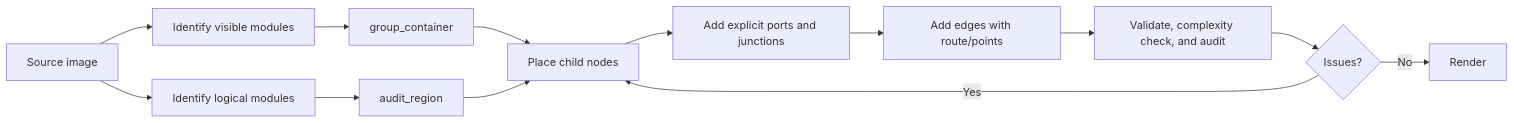
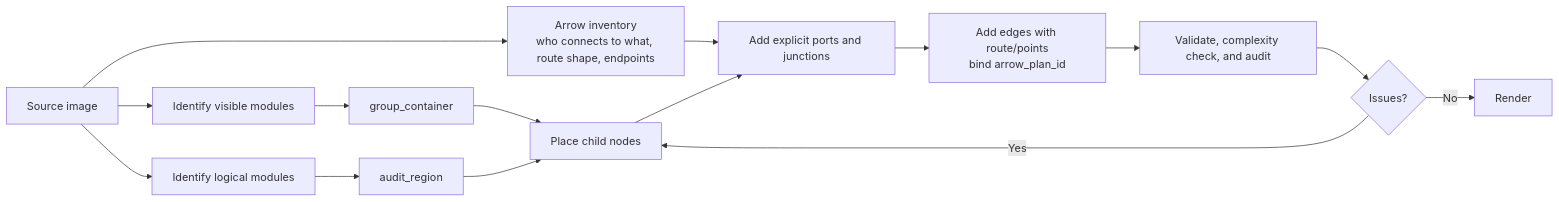
One commit to symyyds/Fig4Visio changed the second of 5 diagrams in docs/workflow.md. Above: the diagram before and after it, drawn with Mermaid. The commit also changed other lines of this file and 7 other files, not shown here.

````diff
--- a/docs/workflow.md
+++ b/docs/workflow.md
@@ -31,15 +31,17 @@
 ```mermaid
 flowchart LR
   A["Source image"] --> B["Identify visible modules"]
   A --> C["Identify logical modules"]
+  A --> C2["Arrow inventory<br/>who connects to what, route shape, endpoints"]
   B --> D["group_container"]
   C --> E["audit_region"]
   D --> F["Place child nodes"]
   E --> F
-  F --> G["Add explicit ports and junctions"]
-  G --> H["Add edges with route/points"]
+  C2 --> G["Add explicit ports and junctions"]
+  F --> G
+  G --> H["Add edges with route/points<br/>bind arrow_plan_id"]
   H --> I["Validate, complexity check, and audit"]
   I --> J{"Issues?"}
   J -- "Yes" --> F
   J -- "No" --> K["Render"]
 ```
````
